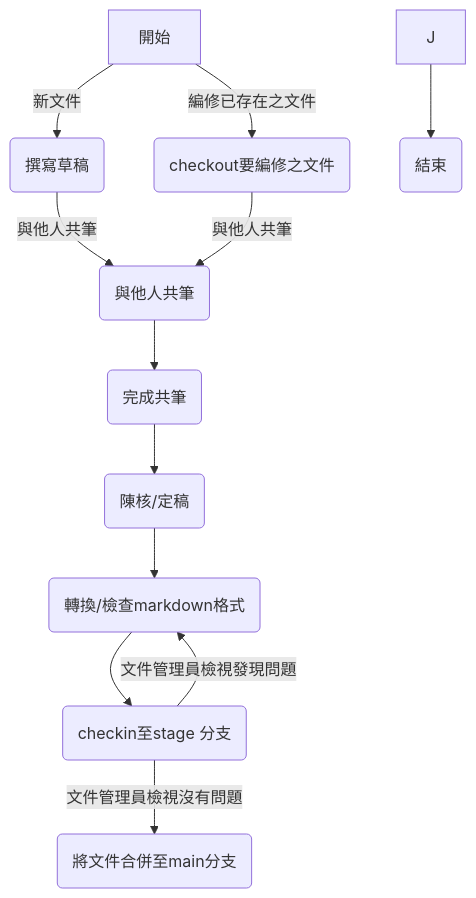
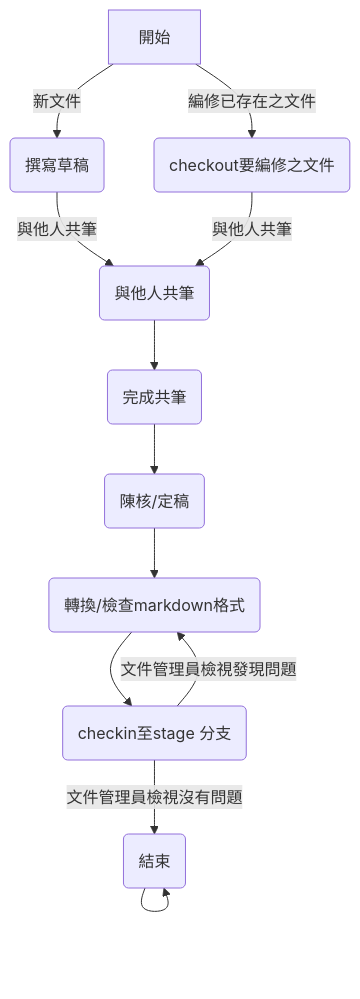
Before and after one commit to netlol/test22: the second of 2 diagrams in uu.md, drawn with Mermaid.

````diff
--- a/uu.md
+++ b/uu.md
@@ -10,14 +10,14 @@
 ```mermaid
 graph TD;
   A[開始] -->|新文件| B(撰寫草稿);
   A -->|編修已存在之文件| C(checkout要編修之文件);
   B -->|與他人共筆| D(與他人共筆);
   C -->|與他人共筆| D(與他人共筆);
   D --> E(完成共筆);
   E --> F(陳核/定稿);
   F --> G(轉換/檢查markdown格式);
   G --> H(checkin至stage 分支);
   H -->|文件管理員檢視沒有問題| I(將文件合併至main分支);
-  H -->|文件管理員檢視發現問題| G
-  J --> K(結束);
-```
+  H -->|文件管理員檢視發現問題| G;
+  I --> I(結束);
+  ```
````
